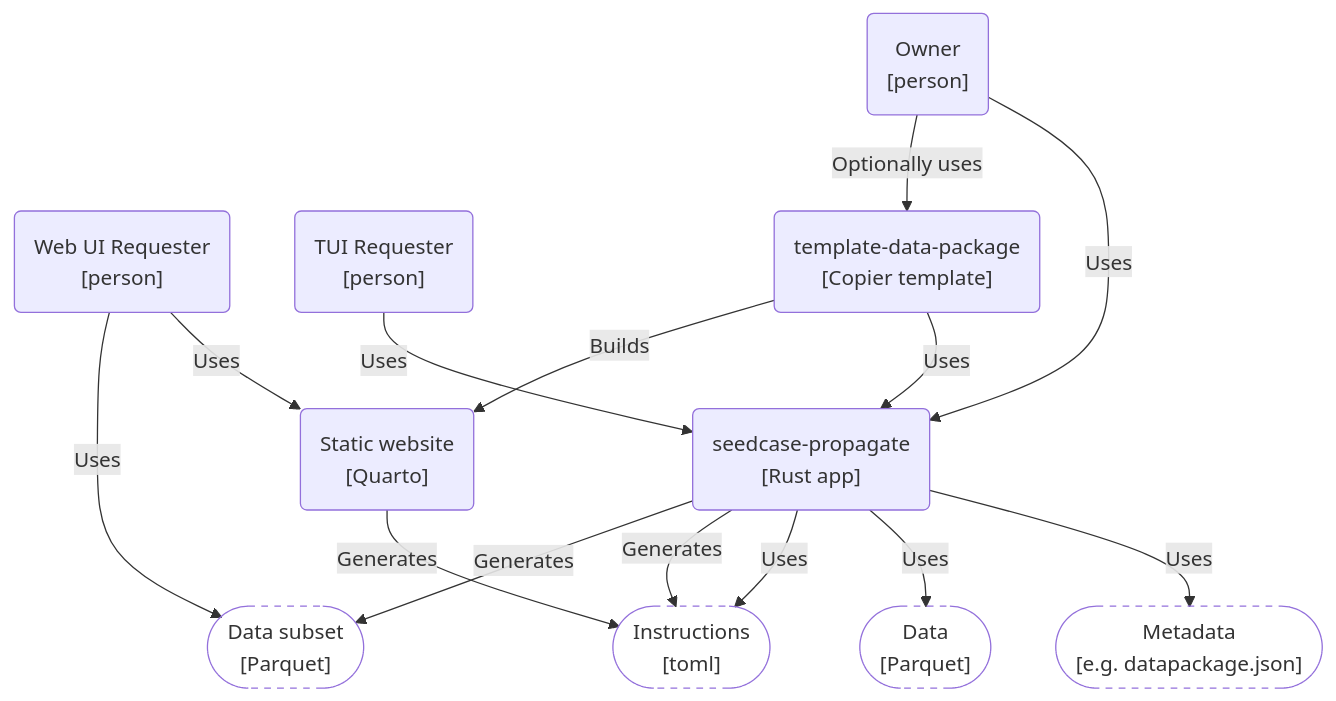
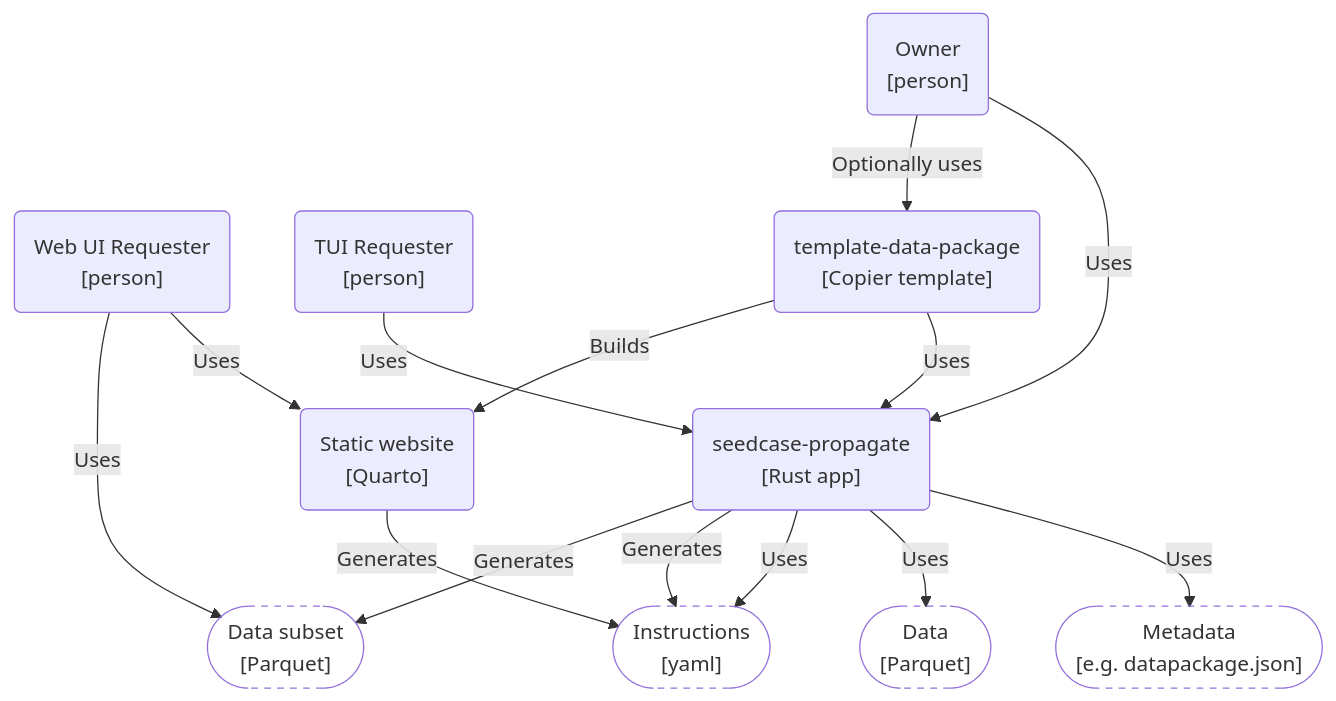
Before and after one commit to seedcase-project/seedcase-propagate: the first of 2 diagrams in docs/design/architecture.qmd, drawn with Mermaid.

Commit message:
docs: :memo: change to yaml

````diff
--- a/docs/design/architecture.qmd
+++ b/docs/design/architecture.qmd
@@ -71,43 +71,43 @@
 ```{mermaid}
 %%| label: fig-c4-context
 %%| fig-cap: >-
 %%|   C4 system context diagram showing the users and external systems Propagate
 %%|   interacts with.
 
 flowchart TD
 
     user_requester_web("Web UI Requester<br>[person]")
     user_requester_tui("TUI Requester<br>[person]")
     user_owner("Owner<br>[person]")
 
     data(["Data<br>[Parquet]"])
     metadata(["Metadata<br>[e.g. datapackage.json]"])
-    instructions(["Instructions<br>[toml]"])
+    instructions(["Instructions<br>[yaml]"])
 
     propagate("seedcase-propagate<br>[Rust app]")
     template_dp("template-data-package<br>[Copier template]")
     website("Static website<br>[Quarto]")
 
     subset(["Data subset<br>[Parquet]"])
 
     propagate --"Uses"--> metadata
     propagate --"Uses"--> data
     propagate --"Uses"--> instructions
 
     user_owner --"Uses"--> propagate
     user_owner --"Optionally uses"--> template_dp
     user_requester_web --"Uses"--> website
     user_requester_tui --"Uses"--> propagate
     template_dp --"Uses"--> propagate
 
     template_dp --"Builds"--> website
     website --"Generates"--> instructions
     propagate --"Generates"--> instructions
     propagate --"Generates"--> subset
 
     user_requester_web --"Uses"--> subset
 
     %% Styling
     classDef artifact fill:transparent, stroke-dasharray: 5 5
     class metadata,data,instructions,subset artifact
 ```
````
